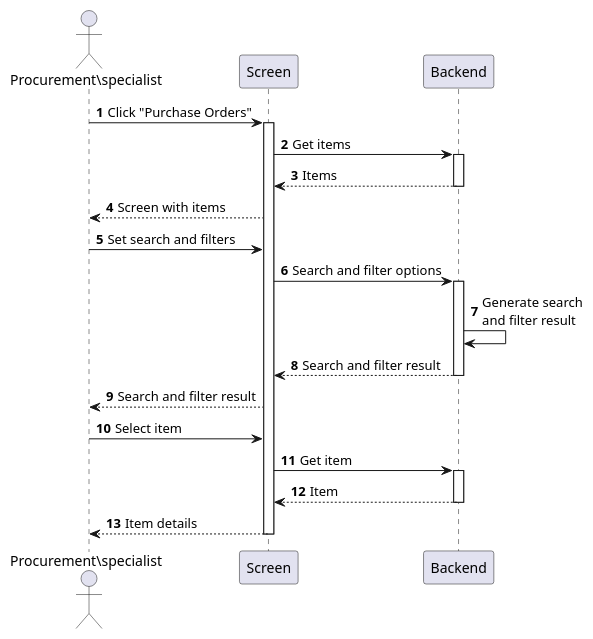
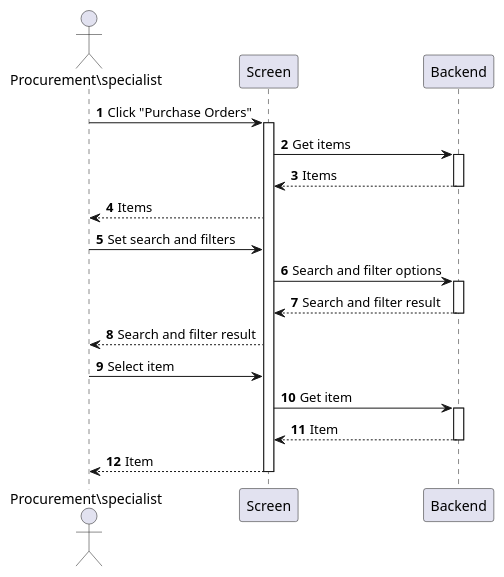
One commit to phihungha/scmss-reqs changed the diagram in sequences/purchase-order-view.plantuml. Above: the diagram before and after it, drawn with PlantUML. The commit also changed 21 other files, not shown here.

```diff
--- a/sequences/purchase-order-view.plantuml
+++ b/sequences/purchase-order-view.plantuml
@@ -1,25 +1,24 @@
 @startuml purchase-requisition-view
 autonumber
 
 actor "Procurement\specialist" as a
 participant Screen as f
 participant Backend as b
 
 a -> f : Click "Purchase Orders"
 activate f
 f -> b : Get items
 activate b
 return Items
-f --> a : Screen with items
+f --> a : Items
 a -> f : Set search and filters
 f -> b : Search and filter options
 activate b
-b -> b : Generate search\nand filter result
 return Search and filter result
 f --> a : Search and filter result
 a -> f : Select item
 f -> b : Get item
 activate b
 return Item
-return Item details
+return Item
 @enduml
```
